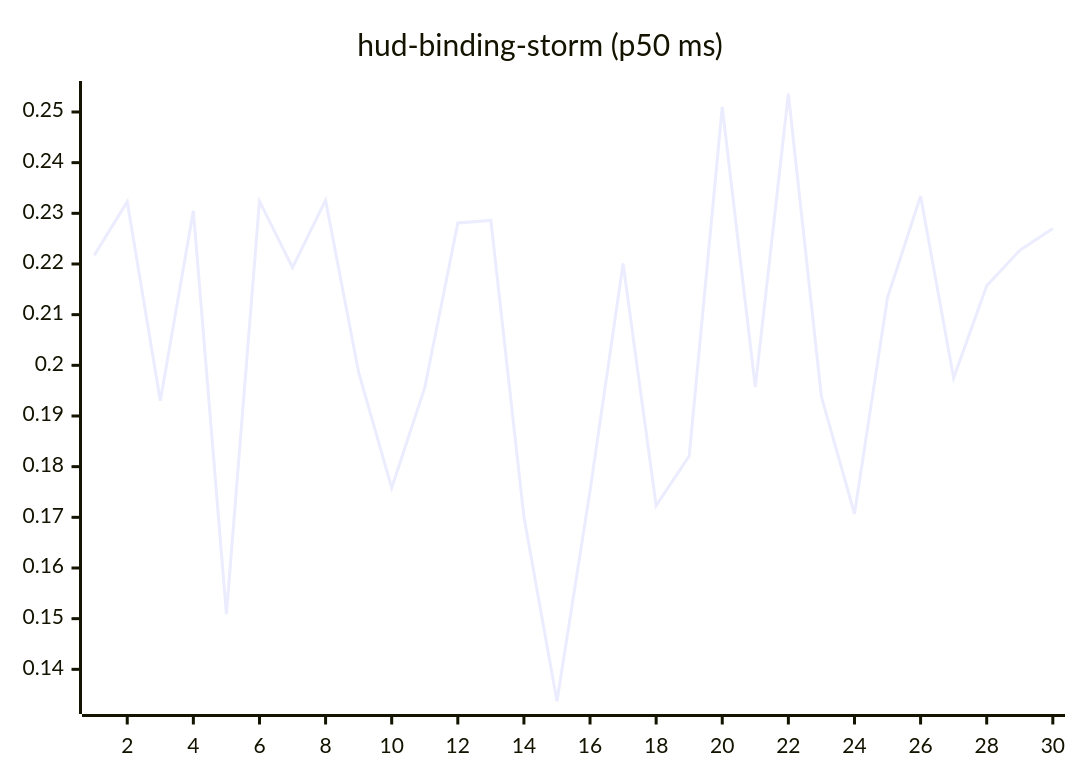
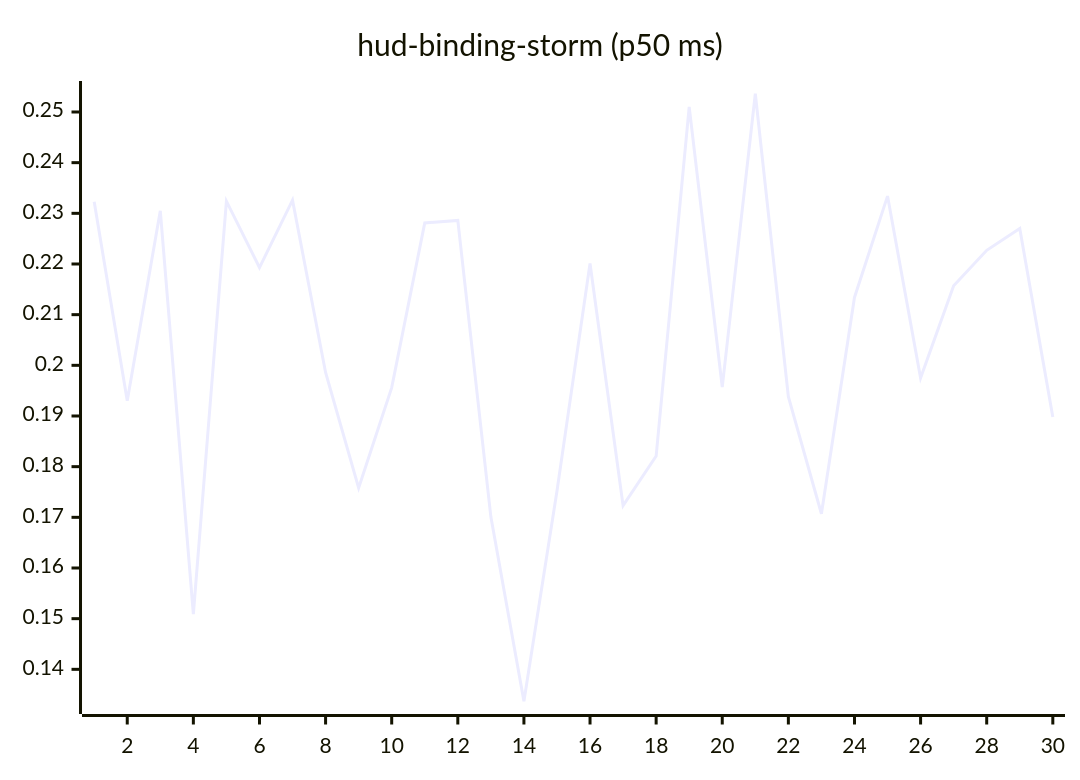
Before and after one commit to josha/Facet: the tenth of 27 diagrams in README.md, drawn with Mermaid. The commit also changed other lines of this file and 2 other files, not shown here.

````diff
--- a/README.md
+++ b/README.md
@@ -126,6 +126,6 @@
 ```mermaid
 xychart-beta
     title "hud-binding-storm (p50 ms)"
     x-axis 1 --> 30
-    line [0.2217, 0.2323, 0.1930, 0.2305, 0.1509, 0.2324, 0.2193, 0.2326, 0.1986, 0.1758, 0.1956, 0.2281, 0.2286, 0.1701, 0.1337, 0.1752, 0.2201, 0.1723, 0.1821, 0.2510, 0.1957, 0.2536, 0.1938, 0.1707, 0.2134, 0.2334, 0.1975, 0.2157, 0.2227, 0.2270]
+    line [0.2323, 0.1930, 0.2305, 0.1509, 0.2324, 0.2193, 0.2326, 0.1986, 0.1758, 0.1956, 0.2281, 0.2286, 0.1701, 0.1337, 0.1752, 0.2201, 0.1723, 0.1821, 0.2510, 0.1957, 0.2536, 0.1938, 0.1707, 0.2134, 0.2334, 0.1975, 0.2157, 0.2227, 0.2270, 0.1898]
 ```
````
